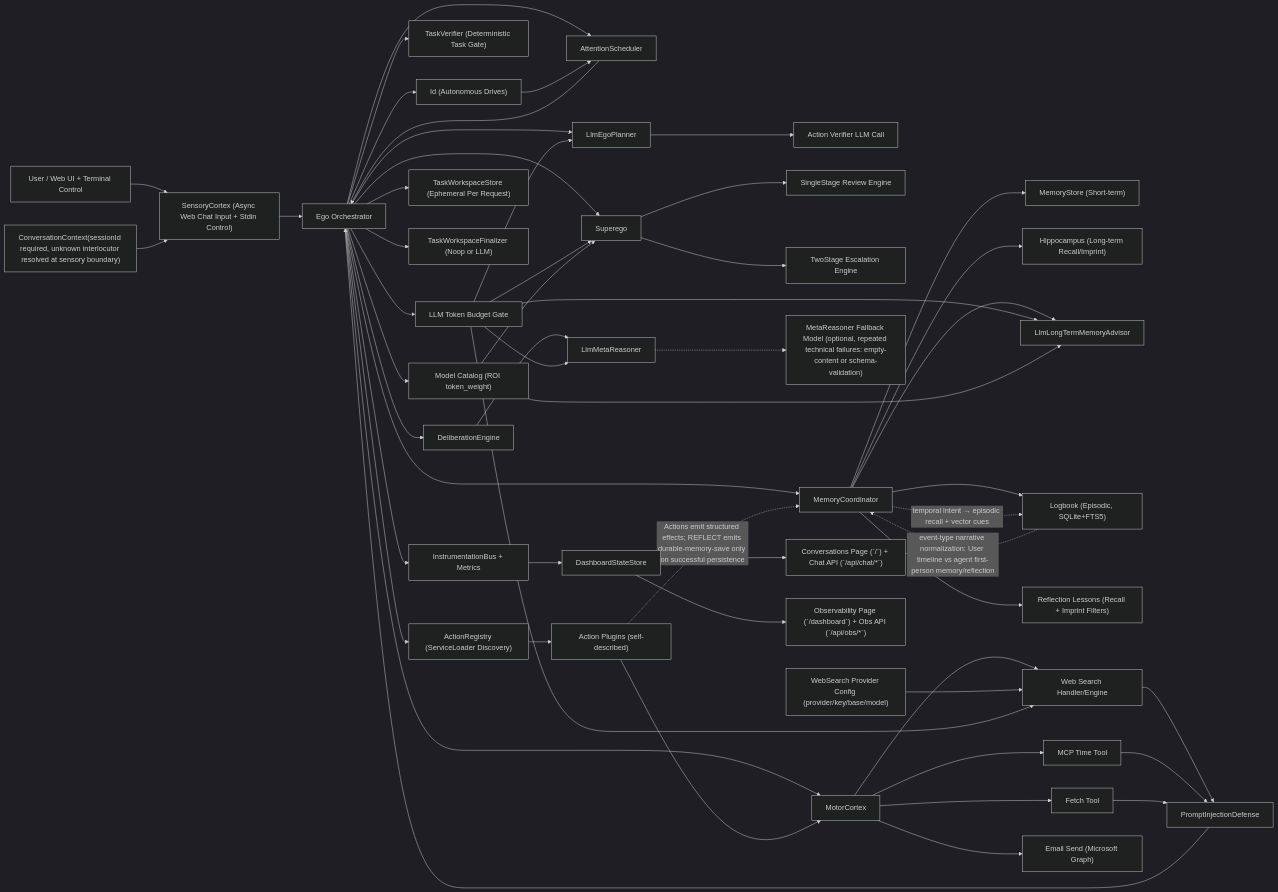
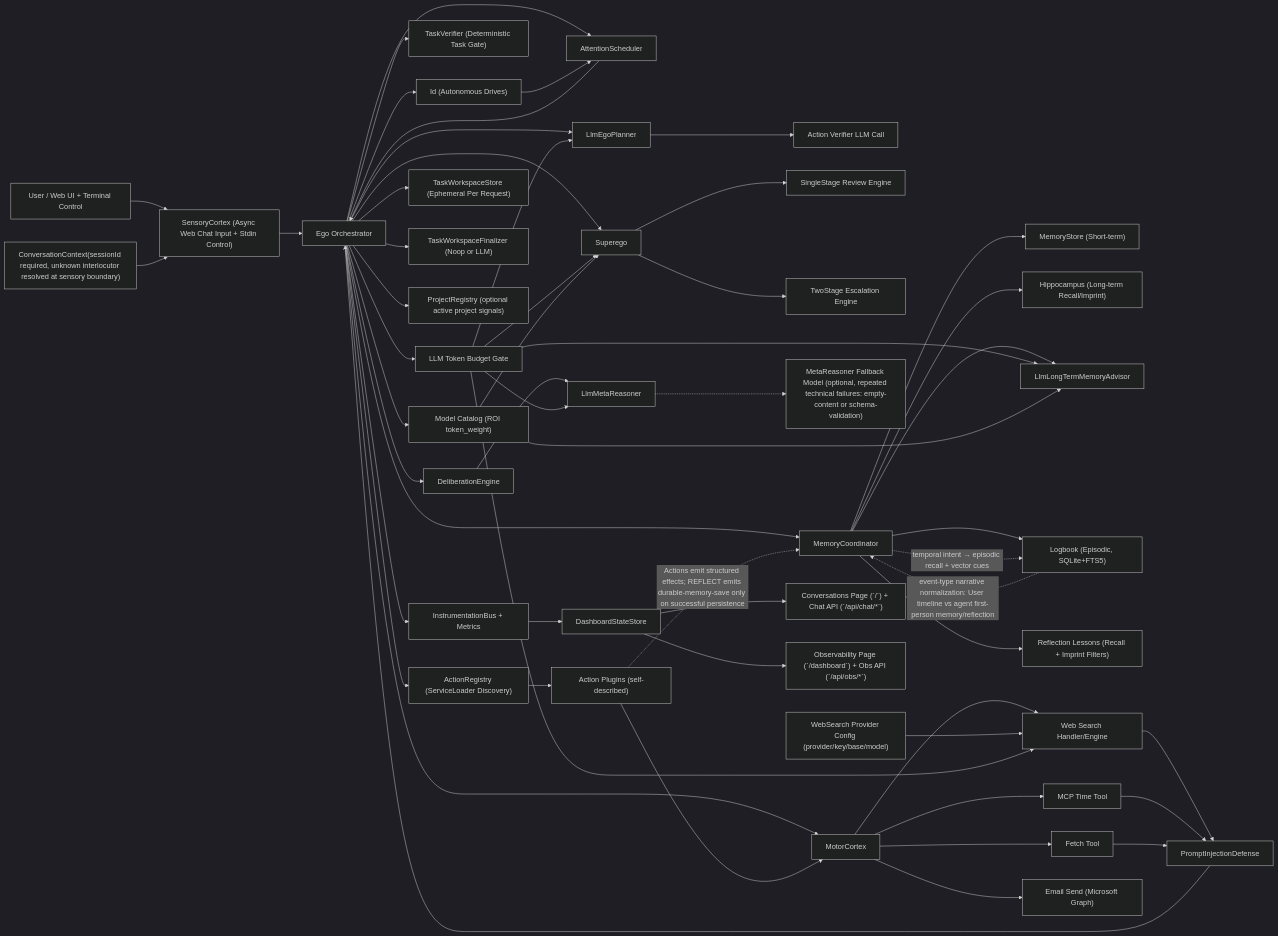
Before and after one commit to neopsyke/NeoPsyke: the first of 6 diagrams in AGENT_LOGIC_DIAGRAM.md, drawn with Mermaid (dark theme). The commit also changed other lines of this file and 10 other files, not shown here.

````diff
--- a/AGENT_LOGIC_DIAGRAM.md
+++ b/AGENT_LOGIC_DIAGRAM.md
@@ -8,64 +8,65 @@
 ```mermaid
 flowchart LR
     U["User / Web UI + Terminal Control"] --> SC["SensoryCortex (Async Web Chat Input + Stdin Control)"]
     SC --> E["Ego Orchestrator"]
     NoteCtx["ConversationContext(sessionId required, unknown interlocutor resolved at sensory boundary)"] --> SC
 
     E --> AS["AttentionScheduler"]
     AS --> E
     ID["Id (Autonomous Drives)"] --> AS
     E --> ID
 
     E --> P["LlmEgoPlanner"]
     P --> AV["Action Verifier LLM Call"]
     E --> TV["TaskVerifier (Deterministic Task Gate)"]
     E --> S["Superego"]
     S --> S1["SingleStage Review Engine"]
     S --> S2["TwoStage Escalation Engine"]
     E --> AR["ActionRegistry (ServiceLoader Discovery)"]
     E --> M["MotorCortex"]
     E --> BG["LLM Token Budget Gate"]
     E --> MCat["Model Catalog (ROI token_weight)"]
 
     E --> DE["DeliberationEngine"]
     DE --> MR["LlmMetaReasoner"]
     MR -.-> MRF["MetaReasoner Fallback Model (optional, repeated technical failures: empty-content or schema-validation)"]
 
     E --> MC["MemoryCoordinator"]
     MC --> MS["MemoryStore (Short-term)"]
     MC --> H["Hippocampus (Long-term Recall/Imprint)"]
     MC --> LTM["LlmLongTermMemoryAdvisor"]
     MC --> LB["Logbook (Episodic, SQLite+FTS5)"]
     LB -.->|"event-type narrative normalization: User timeline vs agent first-person memory/reflection"| MC
     MC --> RL["Reflection Lessons (Recall + Imprint Filters)"]
     MC -.->|"temporal intent → episodic recall + vector cues"| LB
     E --> TWS["TaskWorkspaceStore (Ephemeral Per Request)"]
     E --> TWF["TaskWorkspaceFinalizer (Noop or LLM)"]
+    E --> PR["ProjectRegistry (optional active project signals)"]
 
     AR --> AP["Action Plugins (self-described)"]
     AP --> M
     AP -.->|"Actions emit structured effects; REFLECT emits durable-memory-save only on successful persistence"| MC
 
     M --> WS["Web Search Handler/Engine"]
     CfgWS["WebSearch Provider Config (provider/key/base/model)"] --> WS
     M --> MT["MCP Time Tool"]
     M --> MF["Fetch Tool"]
     M --> EM["Email Send (Microsoft Graph)"]
     WS --> PID["PromptInjectionDefense"]
     MT --> PID
     MF --> PID
     PID --> E
 
     BG --> P
     BG --> S
     BG --> MR
     BG --> LTM
     BG --> WS
     MCat --> S
     MCat --> LTM
 
     E --> I["InstrumentationBus + Metrics"]
     I --> DS["DashboardStateStore"]
     DS --> CP["Conversations Page (`/`) + Chat API (`/api/chat/*`)"]
     DS --> OP["Observability Page (`/dashboard`) + Obs API (`/api/obs/*`)"]
 ```
````
